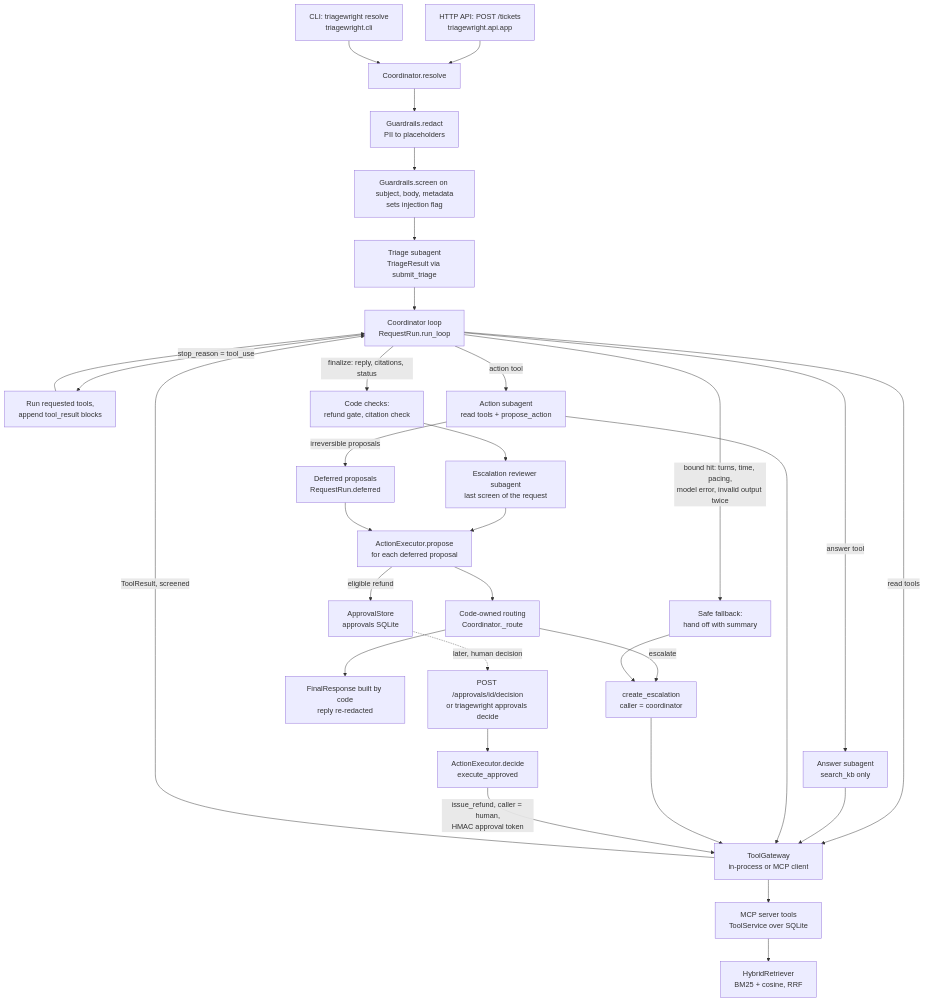
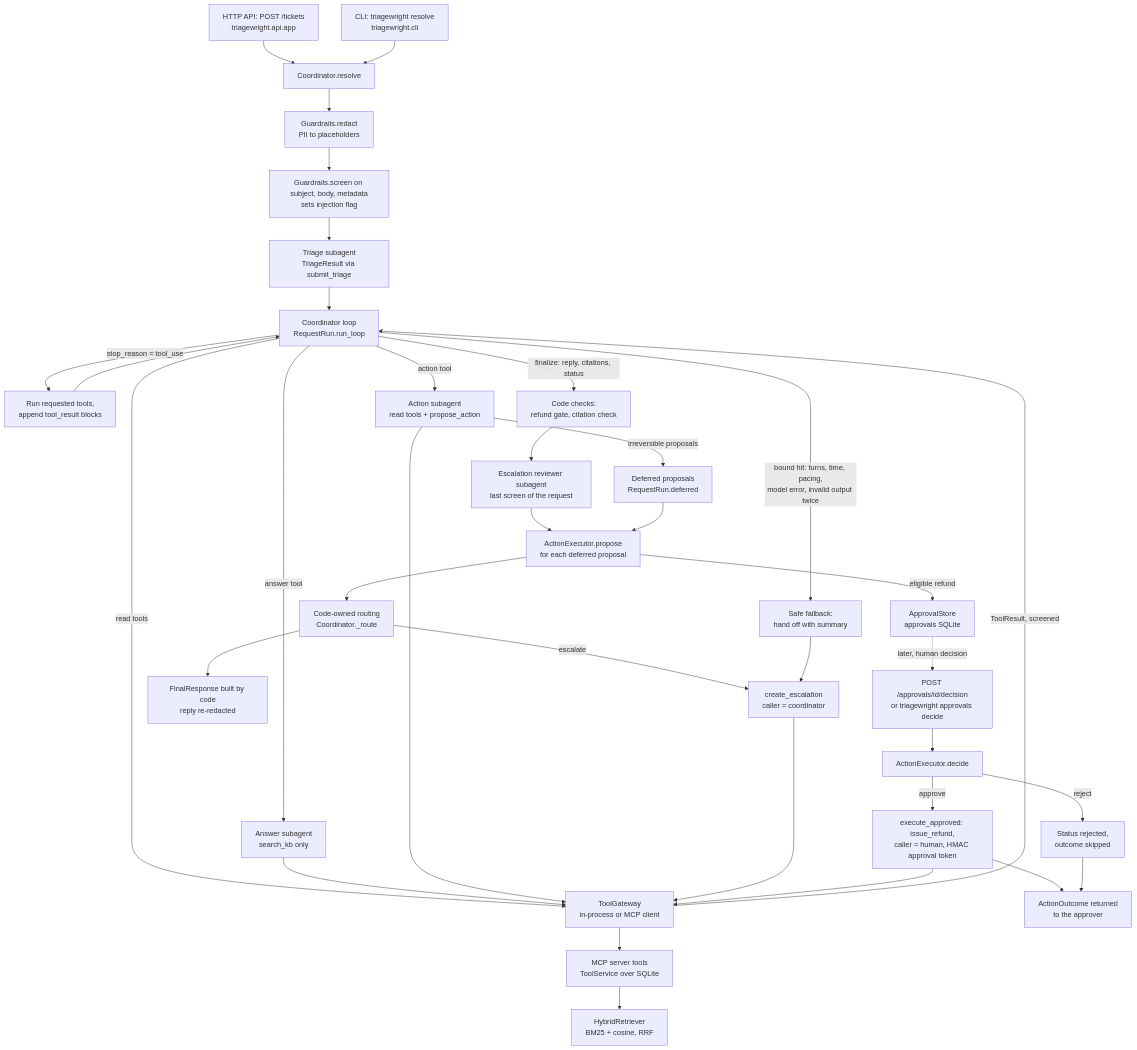
Before and after one commit to rick-learns/triagewright: the first of 2 diagrams in docs/architecture.md, drawn with Mermaid. The commit also changed other lines of this file and 5 other files, not shown here.

Commit message:
docs: correct the architecture claims flagged in review

````diff
--- a/docs/architecture.md
+++ b/docs/architecture.md
@@ -20,34 +20,38 @@
 ```mermaid
 flowchart TD
     API["HTTP API: POST /tickets<br/>triagewright.api.app"] --> RES
     CLI["CLI: triagewright resolve<br/>triagewright.cli"] --> RES
     RES["Coordinator.resolve"] --> RED["Guardrails.redact<br/>PII to placeholders"]
     RED --> SCR["Guardrails.screen on subject, body, metadata<br/>sets injection flag"]
     SCR --> TRI["Triage subagent<br/>TriageResult via submit_triage"]
     TRI --> LOOP["Coordinator loop<br/>RequestRun.run_loop"]
     LOOP -->|"stop_reason = tool_use"| TOOLS["Run requested tools,<br/>append tool_result blocks"]
     TOOLS --> LOOP
     LOOP -->|"answer tool"| ANS["Answer subagent<br/>search_kb only"]
     LOOP -->|"action tool"| ACT["Action subagent<br/>read tools + propose_action"]
     LOOP -->|"read tools"| GW
     ANS --> GW
     ACT --> GW
     ACT -->|"irreversible proposals"| DEF["Deferred proposals<br/>RequestRun.deferred"]
     GW["ToolGateway<br/>in-process or MCP client"] --> MCP["MCP server tools<br/>ToolService over SQLite"]
     MCP --> RAG["HybridRetriever<br/>BM25 + cosine, RRF"]
     GW -->|"ToolResult, screened"| LOOP
     LOOP -->|"finalize: reply, citations, status"| CHK["Code checks:<br/>refund gate, citation check"]
     CHK --> REV["Escalation reviewer subagent<br/>last screen of the request"]
     REV --> PROP["ActionExecutor.propose<br/>for each deferred proposal"]
     DEF --> PROP
     PROP -->|"eligible refund"| APQ["ApprovalStore<br/>approvals SQLite"]
     PROP --> ROUTE["Code-owned routing<br/>Coordinator._route"]
     ROUTE -->|"escalate"| ESC["create_escalation<br/>caller = coordinator"]
     ESC --> GW
     ROUTE --> FIN["FinalResponse built by code<br/>reply re-redacted"]
     LOOP -->|"bound hit: turns, time, pacing,<br/>model error, invalid output twice"| FB["Safe fallback:<br/>hand off with summary"]
     FB --> ESC
     APQ -.->|"later, human decision"| DEC["POST /approvals/id/decision<br/>or triagewright approvals decide"]
-    DEC --> EXE["ActionExecutor.decide<br/>execute_approved"]
-    EXE -->|"issue_refund, caller = human,<br/>HMAC approval token"| GW
+    DEC --> EXE["ActionExecutor.decide"]
+    EXE -->|"approve"| RUNAP["execute_approved: issue_refund,<br/>caller = human, HMAC approval token"]
+    RUNAP --> GW
+    EXE -->|"reject"| REJ["Status rejected,<br/>outcome skipped"]
+    RUNAP --> OUT["ActionOutcome returned<br/>to the approver"]
+    REJ --> OUT
 ```
````
